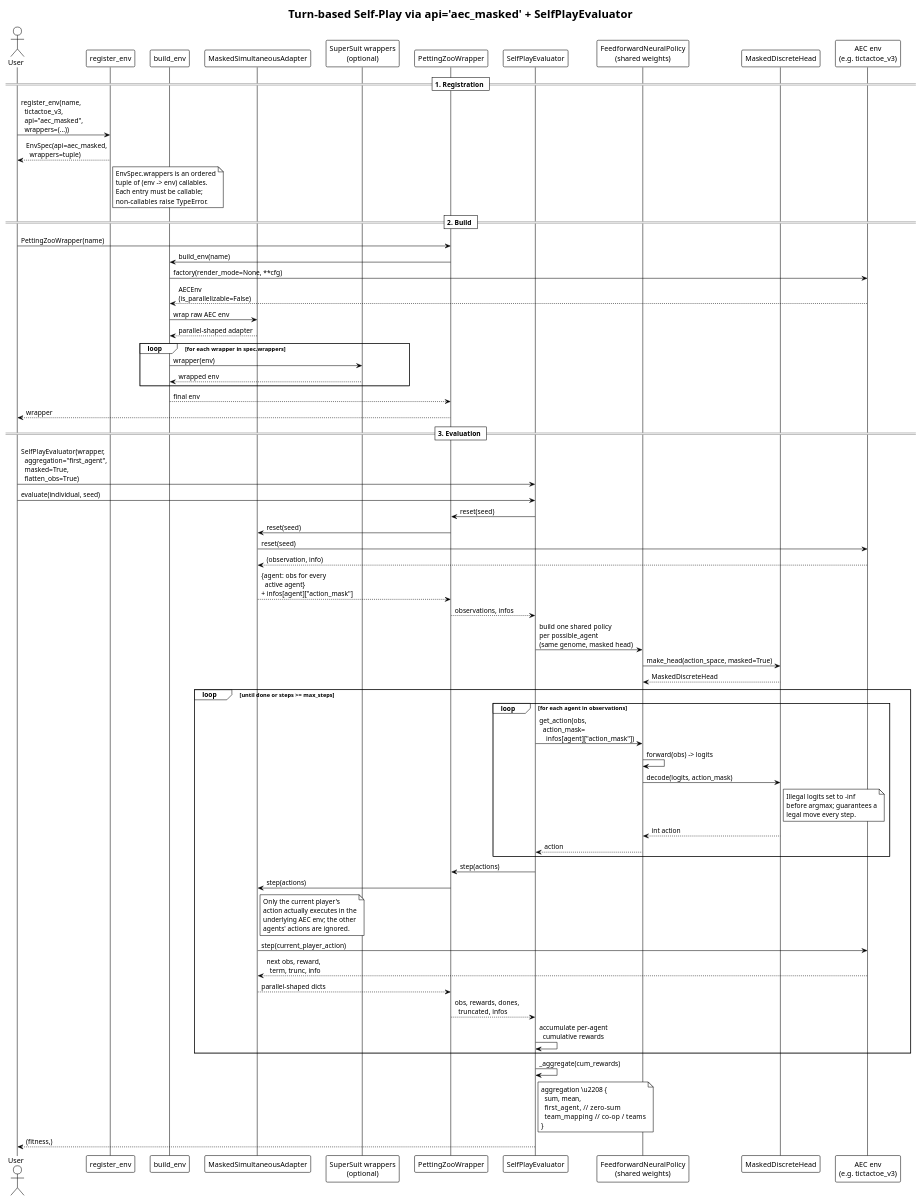
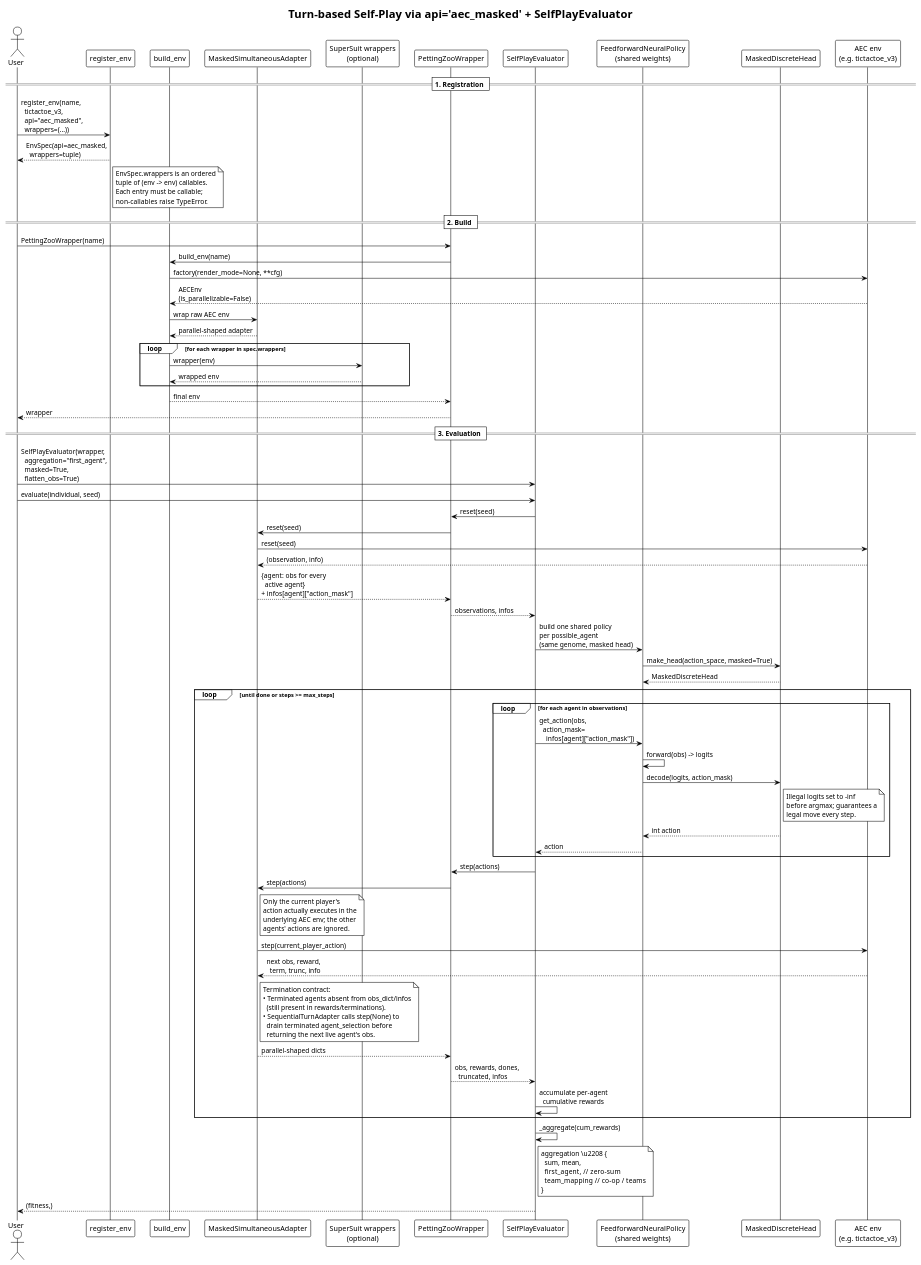
Before and after one commit to Alex180504/DEAP-Zoo-bridge: the diagram in docs/UML/sequence_self_play_turn_based.puml, drawn with PlantUML. The commit also changed 8 other files, not shown here.

Commit message:
Improve agent termination handling

```diff
--- a/docs/UML/sequence_self_play_turn_based.puml
+++ b/docs/UML/sequence_self_play_turn_based.puml
@@ -1,101 +1,111 @@
 @startuml sequence_self_play_turn_based
 !theme plain
 
 title Turn-based Self-Play via api='aec_masked' + SelfPlayEvaluator
 
 actor User
 participant "register_env" as Reg
 participant "build_env" as Build
 participant "MaskedSimultaneousAdapter" as Adapter
 participant "SuperSuit wrappers\n(optional)" as SSuit
 participant "PettingZooWrapper" as Wrap
 participant "SelfPlayEvaluator" as Eval
 participant "FeedforwardNeuralPolicy\n(shared weights)" as Policy
 participant "MaskedDiscreteHead" as Head
 participant "AEC env\n(e.g. tictactoe_v3)" as Env
 
 == 1. Registration ==
 
 User -> Reg : register_env(name,\n  tictactoe_v3,\n  api="aec_masked",\n  wrappers=(...))
 Reg --> User : EnvSpec(api=aec_masked,\n  wrappers=tuple)
 
 note right of Reg
   EnvSpec.wrappers is an ordered
   tuple of (env -> env) callables.
   Each entry must be callable;
   non-callables raise TypeError.
 end note
 
 == 2. Build ==
 
 User -> Wrap : PettingZooWrapper(name)
 Wrap -> Build : build_env(name)
 Build -> Env : factory(render_mode=None, **cfg)
 Env --> Build : AECEnv\n(is_parallelizable=False)
 Build -> Adapter : wrap raw AEC env
 Adapter --> Build : parallel-shaped adapter
 
 loop for each wrapper in spec.wrappers
     Build -> SSuit : wrapper(env)
     SSuit --> Build : wrapped env
 end
 
 Build --> Wrap : final env
 Wrap --> User : wrapper
 
 == 3. Evaluation ==
 
 User -> Eval : SelfPlayEvaluator(wrapper,\n  aggregation="first_agent",\n  masked=True,\n  flatten_obs=True)
 User -> Eval : evaluate(individual, seed)
 
 Eval -> Wrap : reset(seed)
 Wrap -> Adapter : reset(seed)
 Adapter -> Env : reset(seed)
 Env --> Adapter : (observation, info)
 Adapter --> Wrap : {agent: obs for every\n  active agent}\n+ infos[agent]["action_mask"]
 Wrap --> Eval : observations, infos
 
 Eval -> Policy : build one shared policy\nper possible_agent\n(same genome, masked head)
 Policy -> Head : make_head(action_space, masked=True)
 Head --> Policy : MaskedDiscreteHead
 
 loop until done or steps >= max_steps
     loop for each agent in observations
         Eval -> Policy : get_action(obs,\n  action_mask=\n    infos[agent]["action_mask"])
         Policy -> Policy : forward(obs) -> logits
         Policy -> Head : decode(logits, action_mask)
         note right of Head
           Illegal logits set to -inf
           before argmax; guarantees a
           legal move every step.
         end note
         Head --> Policy : int action
         Policy --> Eval : action
     end
     Eval -> Wrap : step(actions)
     Wrap -> Adapter : step(actions)
     note right of Adapter
       Only the current player's
       action actually executes in the
       underlying AEC env; the other
       agents' actions are ignored.
     end note
     Adapter -> Env : step(current_player_action)
     Env --> Adapter : next obs, reward,\n  term, trunc, info
+
+    note right of Adapter
+      Termination contract:
+      • Terminated agents absent from obs_dict/infos
+        (still present in rewards/terminations).
+      • SequentialTurnAdapter calls step(None) to
+        drain terminated agent_selection before
+        returning the next live agent's obs.
+    end note
+
     Adapter --> Wrap : parallel-shaped dicts
     Wrap --> Eval : obs, rewards, dones,\n  truncated, infos
 
     Eval -> Eval : accumulate per-agent\n  cumulative rewards
 end
 
 Eval -> Eval : _aggregate(cum_rewards)
 note right of Eval
   aggregation \u2208 {
     sum, mean,
     first_agent,   // zero-sum
     team_mapping   // co-op / teams
   }
 end note
 Eval --> User : (fitness,)
 
 @enduml
```
